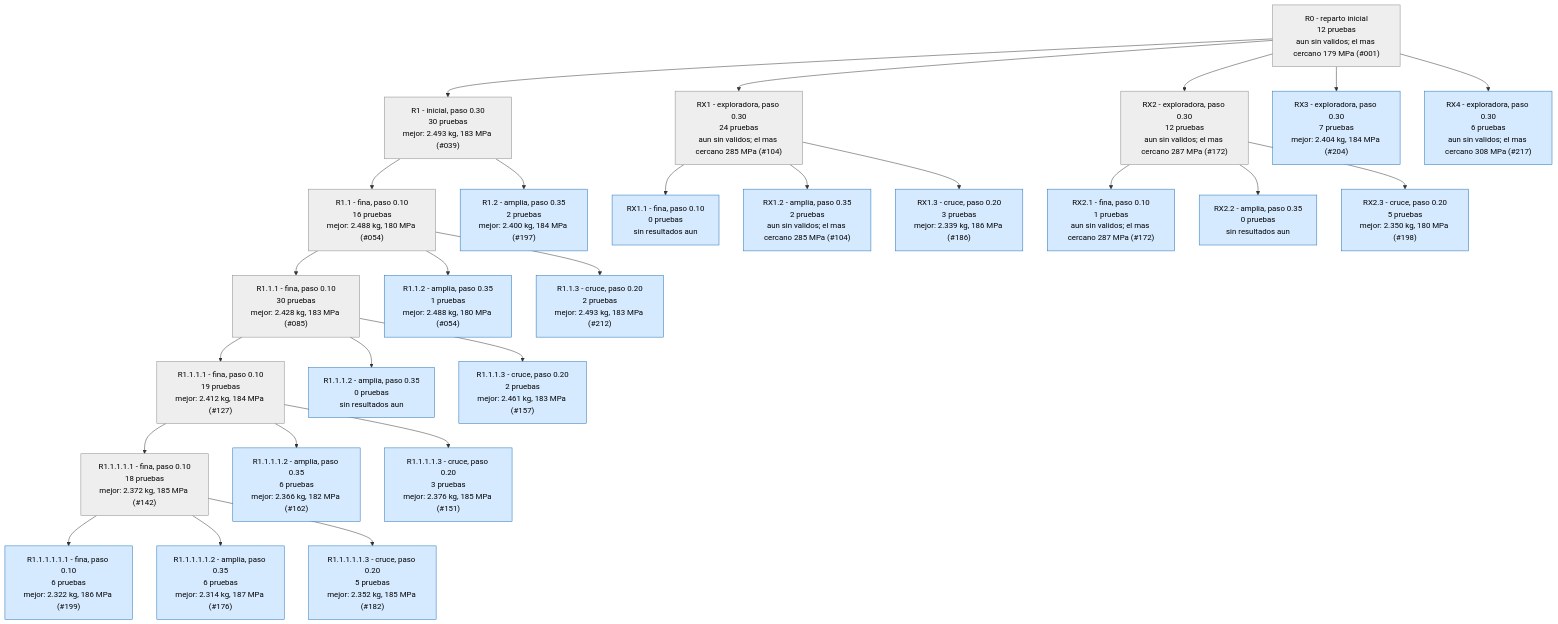
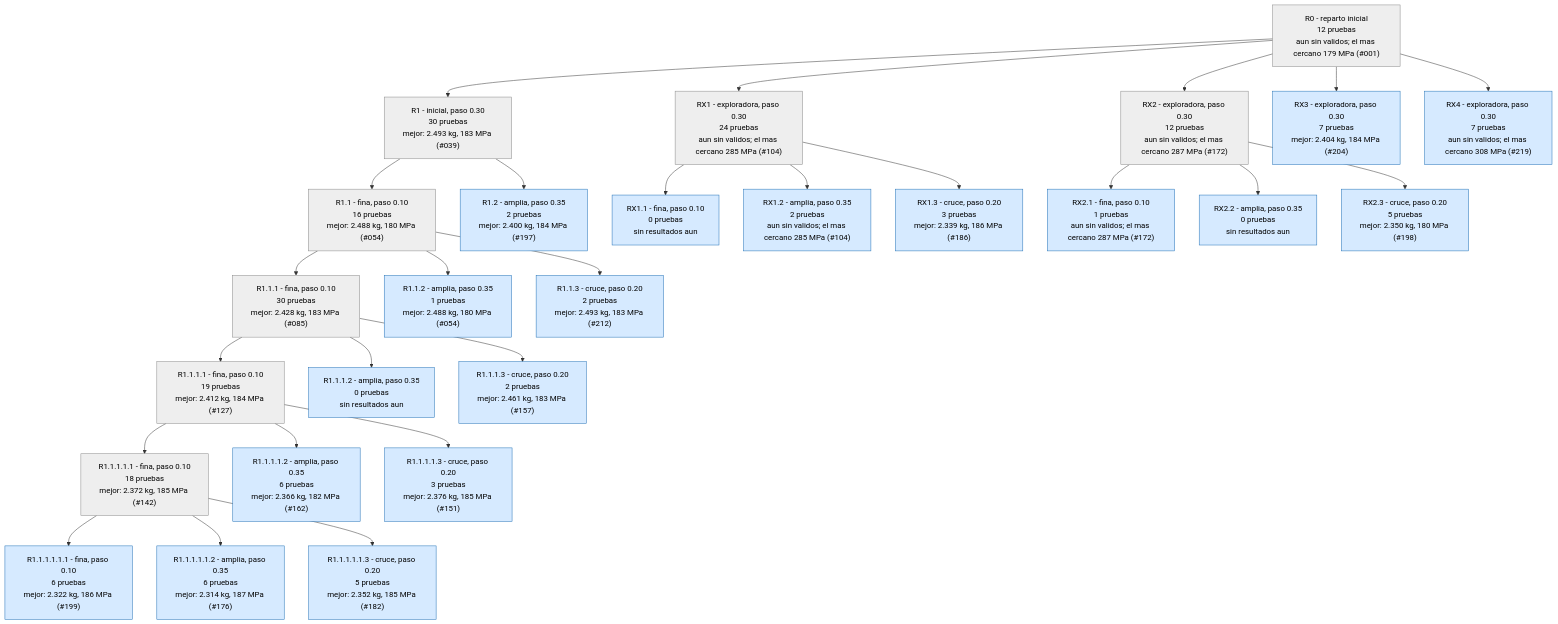
One commit to Hugiko/msd-soporte-optimizacion changed the second of 4 diagrams in runs/opt_37800N/ARBOL.md. Above: the diagram before and after it, drawn with Mermaid. The commit also changed 21 other files, not shown here.

````diff
--- a/runs/opt_37800N/ARBOL.md
+++ b/runs/opt_37800N/ARBOL.md
@@ -53,57 +53,57 @@
 ```mermaid
 graph TD
 classDef activa fill:#d6eaff,stroke:#1f6fb5,color:#000
 classDef fin fill:#eeeeee,stroke:#888,color:#000
 classDef mejor fill:#c8f0c0,stroke:#1a9850,stroke-width:4px,color:#000
 R0["R0 - reparto inicial<br/>12 pruebas<br/>aun sin validos; el mas cercano 179 MPa (#001)"]:::fin
 R1["R1 - inicial, paso 0.30<br/>30 pruebas<br/>mejor: 2.493 kg, 183 MPa (#039)"]:::fin
 R0 --> R1
 R1_1["R1.1 - fina, paso 0.10<br/>16 pruebas<br/>mejor: 2.488 kg, 180 MPa (#054)"]:::fin
 R1 --> R1_1
 R1_2["R1.2 - amplia, paso 0.35<br/>2 pruebas<br/>mejor: 2.400 kg, 184 MPa (#197)"]:::activa
 R1 --> R1_2
 R1_1_1["R1.1.1 - fina, paso 0.10<br/>30 pruebas<br/>mejor: 2.428 kg, 183 MPa (#085)"]:::fin
 R1_1 --> R1_1_1
 R1_1_2["R1.1.2 - amplia, paso 0.35<br/>1 pruebas<br/>mejor: 2.488 kg, 180 MPa (#054)"]:::activa
 R1_1 --> R1_1_2
 R1_1_3["R1.1.3 - cruce, paso 0.20<br/>2 pruebas<br/>mejor: 2.493 kg, 183 MPa (#212)"]:::activa
 R1_1 --> R1_1_3
 R1_1_1_1["R1.1.1.1 - fina, paso 0.10<br/>19 pruebas<br/>mejor: 2.412 kg, 184 MPa (#127)"]:::fin
 R1_1_1 --> R1_1_1_1
 R1_1_1_2["R1.1.1.2 - amplia, paso 0.35<br/>0 pruebas<br/>sin resultados aun"]:::activa
 R1_1_1 --> R1_1_1_2
 R1_1_1_3["R1.1.1.3 - cruce, paso 0.20<br/>2 pruebas<br/>mejor: 2.461 kg, 183 MPa (#157)"]:::activa
 R1_1_1 --> R1_1_1_3
 RX1["RX1 - exploradora, paso 0.30<br/>24 pruebas<br/>aun sin validos; el mas cercano 285 MPa (#104)"]:::fin
 R0 --> RX1
 RX1_1["RX1.1 - fina, paso 0.10<br/>0 pruebas<br/>sin resultados aun"]:::activa
 RX1 --> RX1_1
 RX1_2["RX1.2 - amplia, paso 0.35<br/>2 pruebas<br/>aun sin validos; el mas cercano 285 MPa (#104)"]:::activa
 RX1 --> RX1_2
 RX1_3["RX1.3 - cruce, paso 0.20<br/>3 pruebas<br/>mejor: 2.339 kg, 186 MPa (#186)"]:::activa
 RX1 --> RX1_3
 R1_1_1_1_1["R1.1.1.1.1 - fina, paso 0.10<br/>18 pruebas<br/>mejor: 2.372 kg, 185 MPa (#142)"]:::fin
 R1_1_1_1 --> R1_1_1_1_1
 R1_1_1_1_2["R1.1.1.1.2 - amplia, paso 0.35<br/>6 pruebas<br/>mejor: 2.366 kg, 182 MPa (#162)"]:::activa
 R1_1_1_1 --> R1_1_1_1_2
 R1_1_1_1_3["R1.1.1.1.3 - cruce, paso 0.20<br/>3 pruebas<br/>mejor: 2.376 kg, 185 MPa (#151)"]:::activa
 R1_1_1_1 --> R1_1_1_1_3
 R1_1_1_1_1_1["R1.1.1.1.1.1 - fina, paso 0.10<br/>6 pruebas<br/>mejor: 2.322 kg, 186 MPa (#199)"]:::activa
 R1_1_1_1_1 --> R1_1_1_1_1_1
 R1_1_1_1_1_2["R1.1.1.1.1.2 - amplia, paso 0.35<br/>6 pruebas<br/>mejor: 2.314 kg, 187 MPa (#176)"]:::activa
 R1_1_1_1_1 --> R1_1_1_1_1_2
 R1_1_1_1_1_3["R1.1.1.1.1.3 - cruce, paso 0.20<br/>5 pruebas<br/>mejor: 2.352 kg, 185 MPa (#182)"]:::activa
 R1_1_1_1_1 --> R1_1_1_1_1_3
 RX2["RX2 - exploradora, paso 0.30<br/>12 pruebas<br/>aun sin validos; el mas cercano 287 MPa (#172)"]:::fin
 R0 --> RX2
 RX2_1["RX2.1 - fina, paso 0.10<br/>1 pruebas<br/>aun sin validos; el mas cercano 287 MPa (#172)"]:::activa
 RX2 --> RX2_1
 RX2_2["RX2.2 - amplia, paso 0.35<br/>0 pruebas<br/>sin resultados aun"]:::activa
 RX2 --> RX2_2
 RX2_3["RX2.3 - cruce, paso 0.20<br/>5 pruebas<br/>mejor: 2.350 kg, 180 MPa (#198)"]:::activa
 RX2 --> RX2_3
 RX3["RX3 - exploradora, paso 0.30<br/>7 pruebas<br/>mejor: 2.404 kg, 184 MPa (#204)"]:::activa
 R0 --> RX3
-RX4["RX4 - exploradora, paso 0.30<br/>6 pruebas<br/>aun sin validos; el mas cercano 308 MPa (#217)"]:::activa
+RX4["RX4 - exploradora, paso 0.30<br/>7 pruebas<br/>aun sin validos; el mas cercano 308 MPa (#219)"]:::activa
 R0 --> RX4
 ```
````
